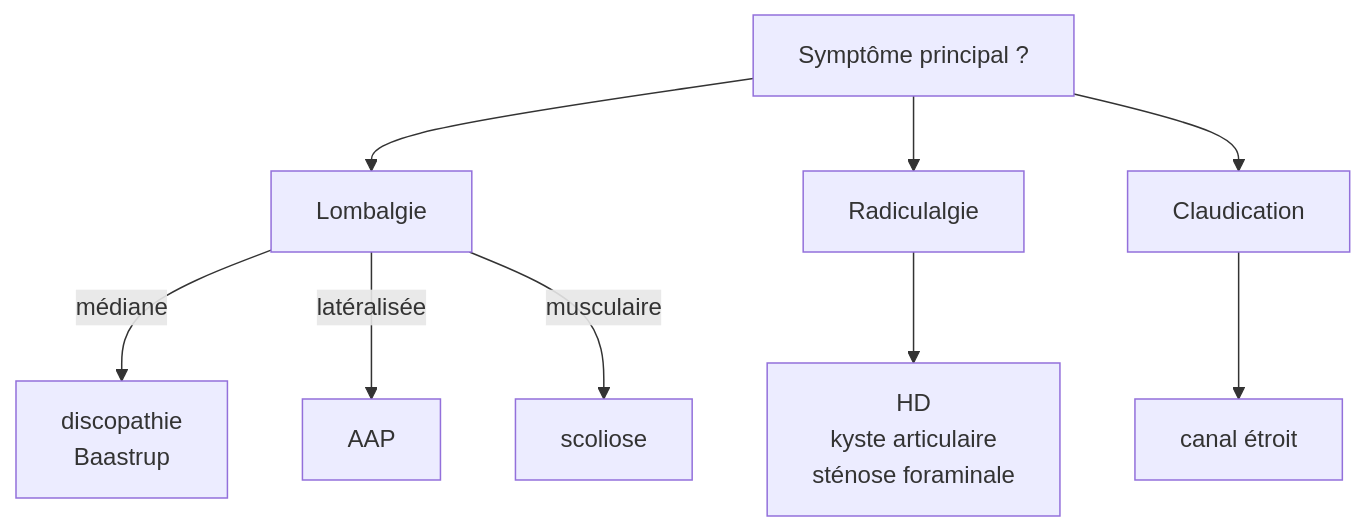
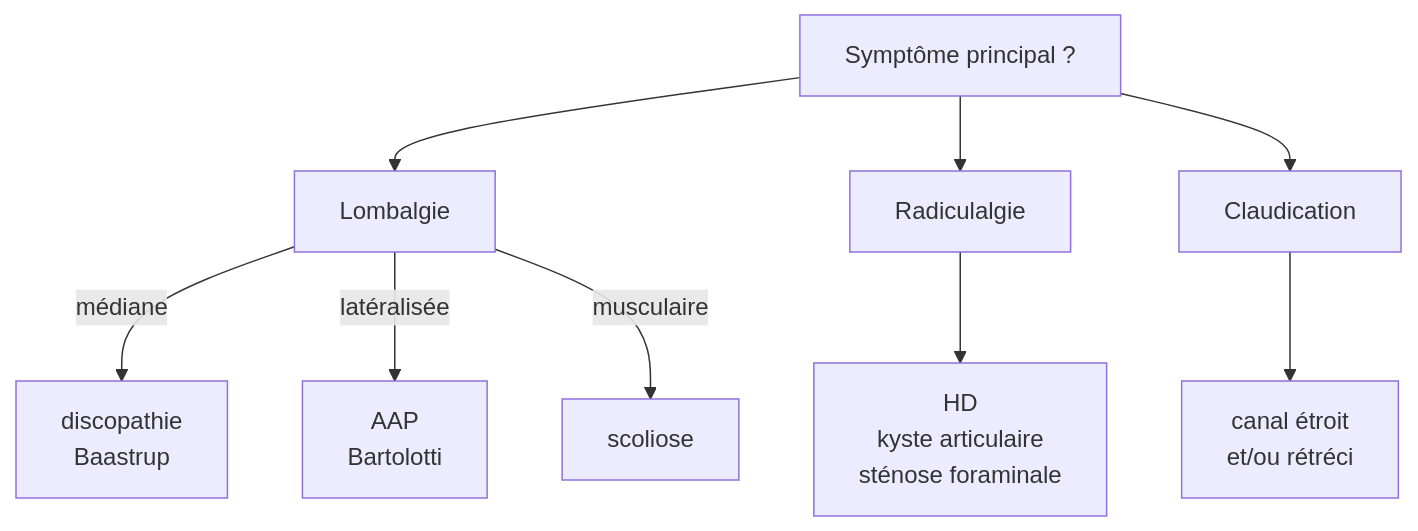
One commit to drlefevre/drlef changed the diagram in docs/os/urgences.md. Above: the diagram before and after it, drawn with Mermaid. The commit also changed other lines of this file and 1 other file, not shown here.

````diff
--- a/docs/os/urgences.md
+++ b/docs/os/urgences.md
@@ -34,13 +38,13 @@
     ``` mermaid
     graph TD
         A[Symptôme principal ?] --> B[Lombalgie]
         A --> C[Radiculalgie]
         A --> D[Claudication]
 
-        B -->|médiane| H[discopathie</br>Baastrup]
-        B -->|latéralisée| I[AAP]
+        B -->|médiane| H[discopathie<br>Baastrup]
+        B -->|latéralisée| I[AAP<br>Bartolotti]
         B -->|musculaire| J[scoliose]
 
-        C --> K[HD</br>kyste articulaire</br>sténose foraminale]
-        D --> L[canal étroit]
+        C --> K[HD</br>kyste articulaire<br>sténose foraminale]
+        D --> L[canal étroit<br>et/ou rétréci]
     ```
````
